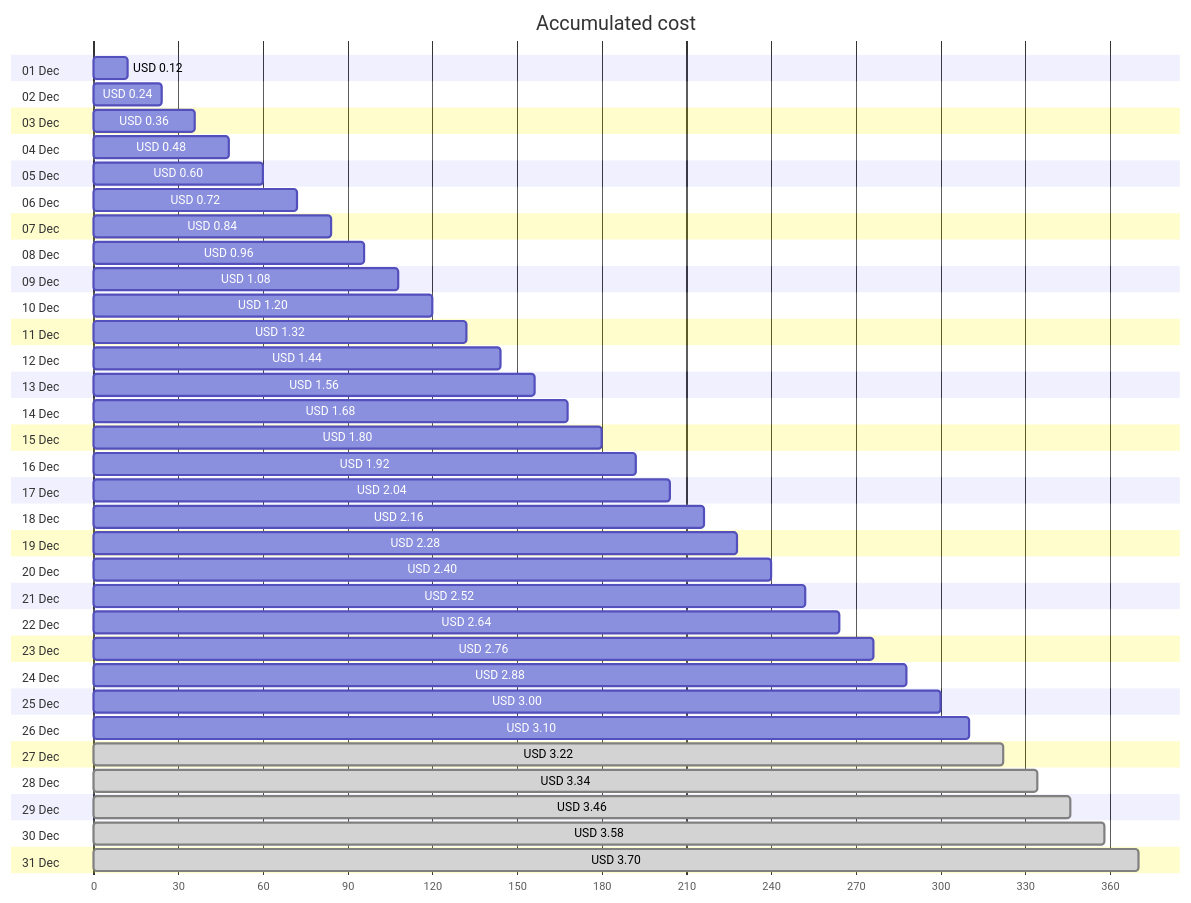
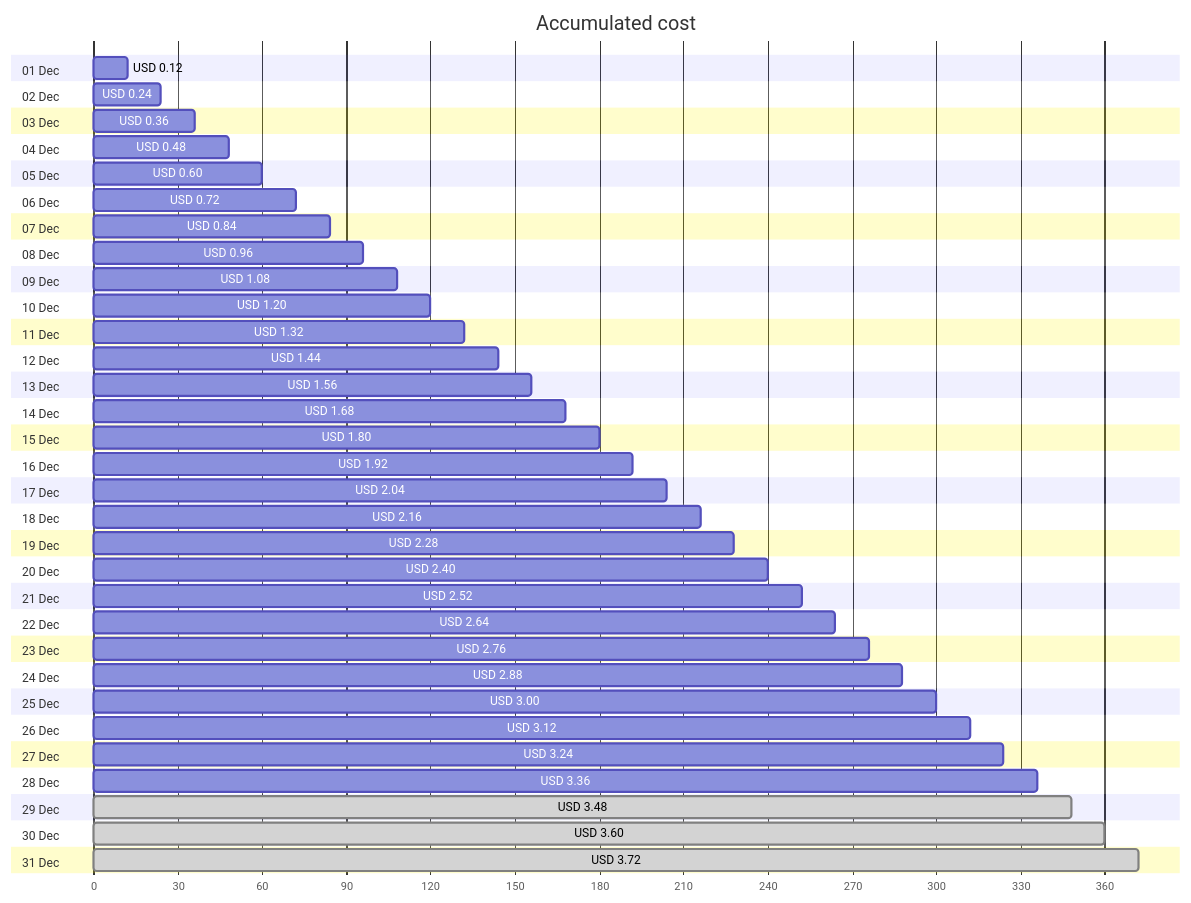
Before and after one commit to jpfulton/azure-personal-reports: the first of 4 diagrams in cost-reports/personal-network/backup-server-public-ip.md, drawn with Mermaid. The commit also changed other lines of this file and 8 other files, not shown here.

````diff
--- a/cost-reports/personal-network/backup-server-public-ip.md
+++ b/cost-reports/personal-network/backup-server-public-ip.md
@@ -20,68 +20,68 @@
 ```mermaid
 gantt
    title Accumulated cost
    dateFormat  X
    axisFormat %s
    section 01 Dec
    USD 0.12 :0, 12
    section 02 Dec
    USD 0.24 :0, 24
    section 03 Dec
    USD 0.36 :0, 36
    section 04 Dec
    USD 0.48 :0, 48
    section 05 Dec
    USD 0.60 :0, 60
    section 06 Dec
    USD 0.72 :0, 72
    section 07 Dec
    USD 0.84 :0, 84
    section 08 Dec
    USD 0.96 :0, 96
    section 09 Dec
    USD 1.08 :0, 108
    section 10 Dec
    USD 1.20 :0, 120
    section 11 Dec
    USD 1.32 :0, 132
    section 12 Dec
    USD 1.44 :0, 144
    section 13 Dec
    USD 1.56 :0, 156
    section 14 Dec
    USD 1.68 :0, 168
    section 15 Dec
    USD 1.80 :0, 180
    section 16 Dec
    USD 1.92 :0, 192
    section 17 Dec
    USD 2.04 :0, 204
    section 18 Dec
    USD 2.16 :0, 216
    section 19 Dec
    USD 2.28 :0, 228
    section 20 Dec
    USD 2.40 :0, 240
    section 21 Dec
    USD 2.52 :0, 252
    section 22 Dec
    USD 2.64 :0, 264
    section 23 Dec
    USD 2.76 :0, 276
    section 24 Dec
    USD 2.88 :0, 288
    section 25 Dec
    USD 3.00 :0, 300
    section 26 Dec
-   USD 3.10 :0, 310
+   USD 3.12 :0, 312
    section 27 Dec
-   USD 3.22 : done, 0, 322
+   USD 3.24 :0, 324
    section 28 Dec
-   USD 3.34 : done, 0, 334
+   USD 3.36 :0, 336
    section 29 Dec
-   USD 3.46 : done, 0, 346
+   USD 3.48 : done, 0, 348
    section 30 Dec
-   USD 3.58 : done, 0, 358
+   USD 3.60 : done, 0, 360
    section 31 Dec
-   USD 3.70 : done, 0, 370
+   USD 3.72 : done, 0, 372
 ```
````
